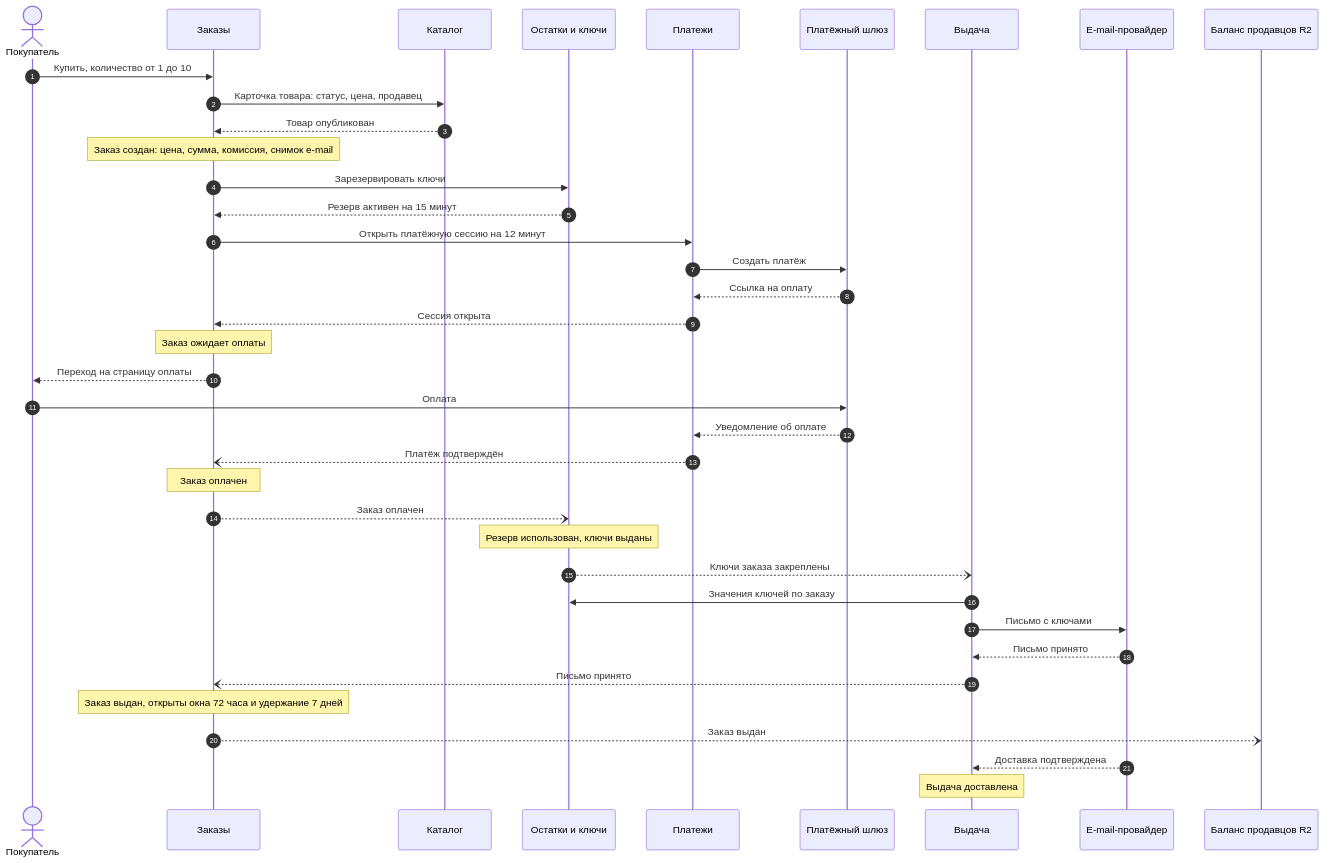
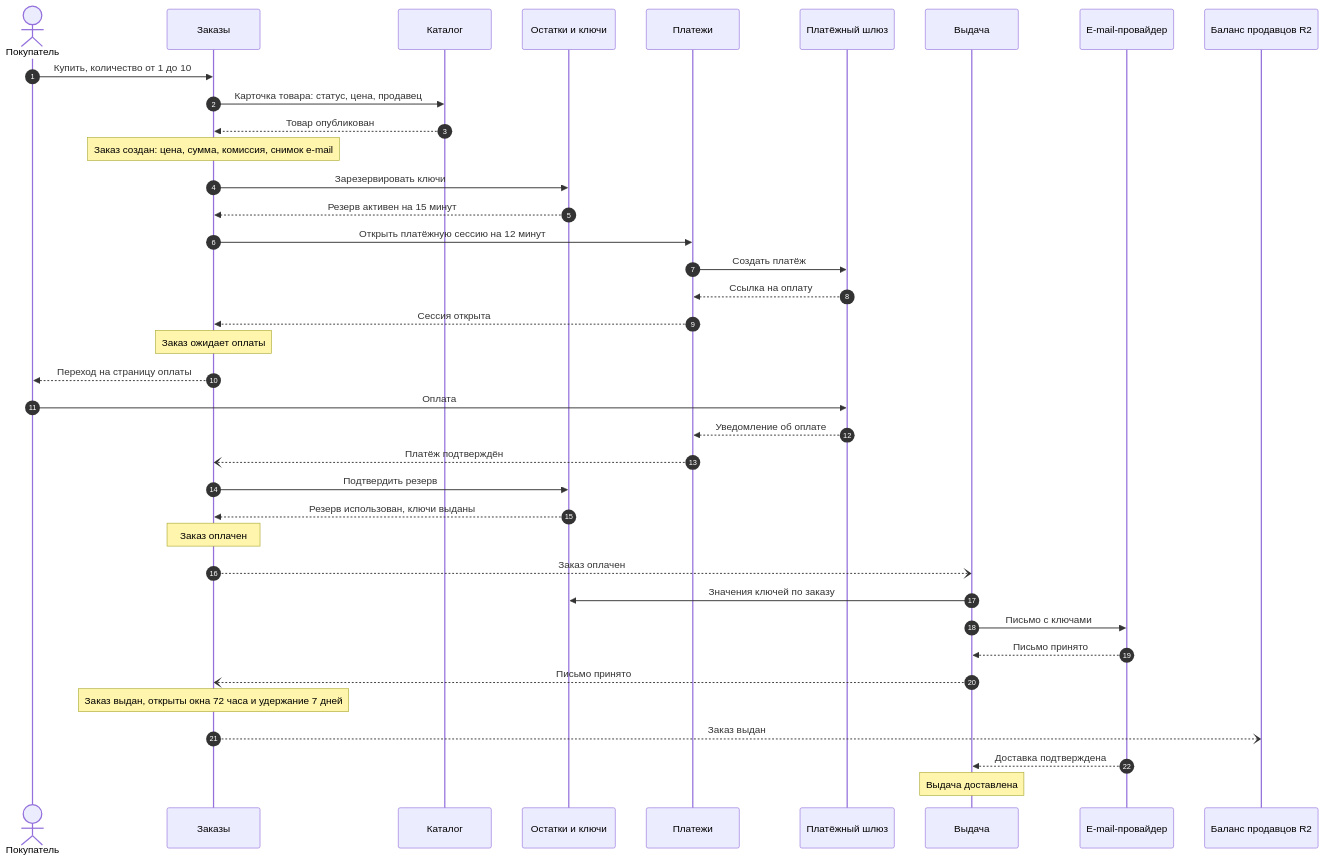
Before and after one commit to Lapin143/digital-goods-marketplace: the third of 3 diagrams in docs/04-domain/bounded-contexts.md, drawn with Mermaid. The commit also changed other lines of this file and 5 other files, not shown here.

First line of the commit message:
docs: поправка Ф1, подтверждение резерва синхронным вызовом вместо события «заказ оплачен»

````diff
--- a/docs/04-domain/bounded-contexts.md
+++ b/docs/04-domain/bounded-contexts.md
@@ -117,41 +116,41 @@
 ```mermaid
 sequenceDiagram
     autonumber
     actor B as Покупатель
     participant ORD as Заказы
     participant CAT as Каталог
     participant KEYS as Остатки и ключи
     participant PAY as Платежи
     participant GW as Платёжный шлюз
     participant DEL as Выдача
     participant MAIL as E-mail-провайдер
     participant BAL as Баланс продавцов R2
 
     B->>ORD: Купить, количество от 1 до 10
     ORD->>CAT: Карточка товара: статус, цена, продавец
     CAT-->>ORD: Товар опубликован
     Note over ORD: Заказ создан: цена, сумма, комиссия, снимок e-mail
     ORD->>KEYS: Зарезервировать ключи
     KEYS-->>ORD: Резерв активен на 15 минут
     ORD->>PAY: Открыть платёжную сессию на 12 минут
     PAY->>GW: Создать платёж
     GW-->>PAY: Ссылка на оплату
     PAY-->>ORD: Сессия открыта
     Note over ORD: Заказ ожидает оплаты
     ORD-->>B: Переход на страницу оплаты
     B->>GW: Оплата
     GW-->>PAY: Уведомление об оплате
     PAY--)ORD: Платёж подтверждён
+    ORD->>KEYS: Подтвердить резерв
+    KEYS-->>ORD: Резерв использован, ключи выданы
     Note over ORD: Заказ оплачен
-    ORD--)KEYS: Заказ оплачен
-    Note over KEYS: Резерв использован, ключи выданы
-    KEYS--)DEL: Ключи заказа закреплены
+    ORD--)DEL: Заказ оплачен
     DEL->>KEYS: Значения ключей по заказу
     DEL->>MAIL: Письмо с ключами
     MAIL-->>DEL: Письмо принято
     DEL--)ORD: Письмо принято
     Note over ORD: Заказ выдан, открыты окна 72 часа и удержание 7 дней
     ORD--)BAL: Заказ выдан
     MAIL-->>DEL: Доставка подтверждена
     Note over DEL: Выдача доставлена
 ```
````
